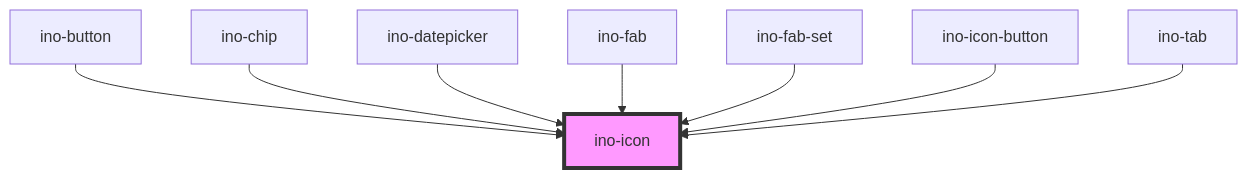
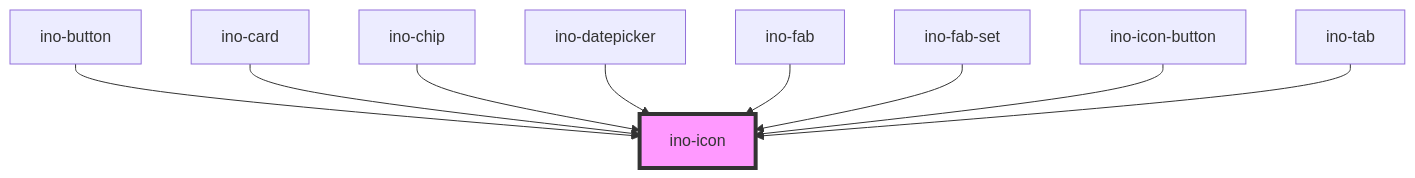
The diagram in packages/elements/src/components/ino-icon/readme.md (inovex/elements), drawn with Mermaid before and after one commit. The commit also changed other lines of this file and 9 other files, not shown here.

Commit message:
style(elements|ino-card): revise ino-card style

````diff
--- a/packages/elements/src/components/ino-icon/readme.md
+++ b/packages/elements/src/components/ino-icon/readme.md
@@ -149,11 +150,12 @@
 ```mermaid
 graph TD;
   ino-button --> ino-icon
+  ino-card --> ino-icon
   ino-chip --> ino-icon
   ino-datepicker --> ino-icon
   ino-fab --> ino-icon
   ino-fab-set --> ino-icon
   ino-icon-button --> ino-icon
   ino-tab --> ino-icon
   style ino-icon fill:#f9f,stroke:#333,stroke-width:4px
 ```
````
